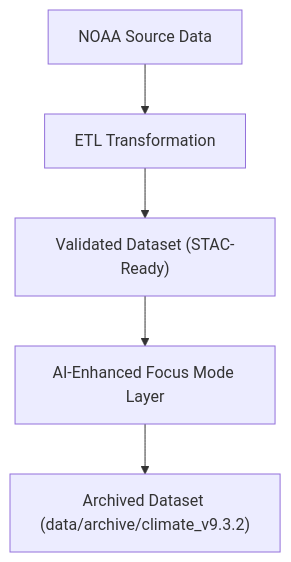
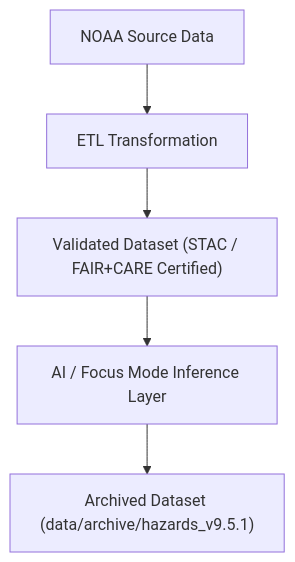
One commit to bartytime4life/Kansas-Frontier-Matrix changed the second of 2 diagrams in data/reports/lineage/README.md. Above: the diagram before and after it, drawn with Mermaid. The commit also changed other lines of this file, not shown here.

````diff
--- a/data/reports/lineage/README.md
+++ b/data/reports/lineage/README.md
@@ -162,7 +158,7 @@
 ```mermaid
 flowchart TD
-    A["NOAA Source Data"] --> B["ETL Transformation"]
-    B --> C["Validated Dataset (STAC-Ready)"]
-    C --> D["AI-Enhanced Focus Mode Layer"]
-    D --> E["Archived Dataset (data/archive/climate_v9.3.2)"]
+  A["NOAA Source Data"] --> B["ETL Transformation"]
+  B --> C["Validated Dataset (STAC / FAIR+CARE Certified)"]
+  C --> D["AI / Focus Mode Inference Layer"]
+  D --> E["Archived Dataset (data/archive/hazards_v9.5.1)"]
 ```
````
